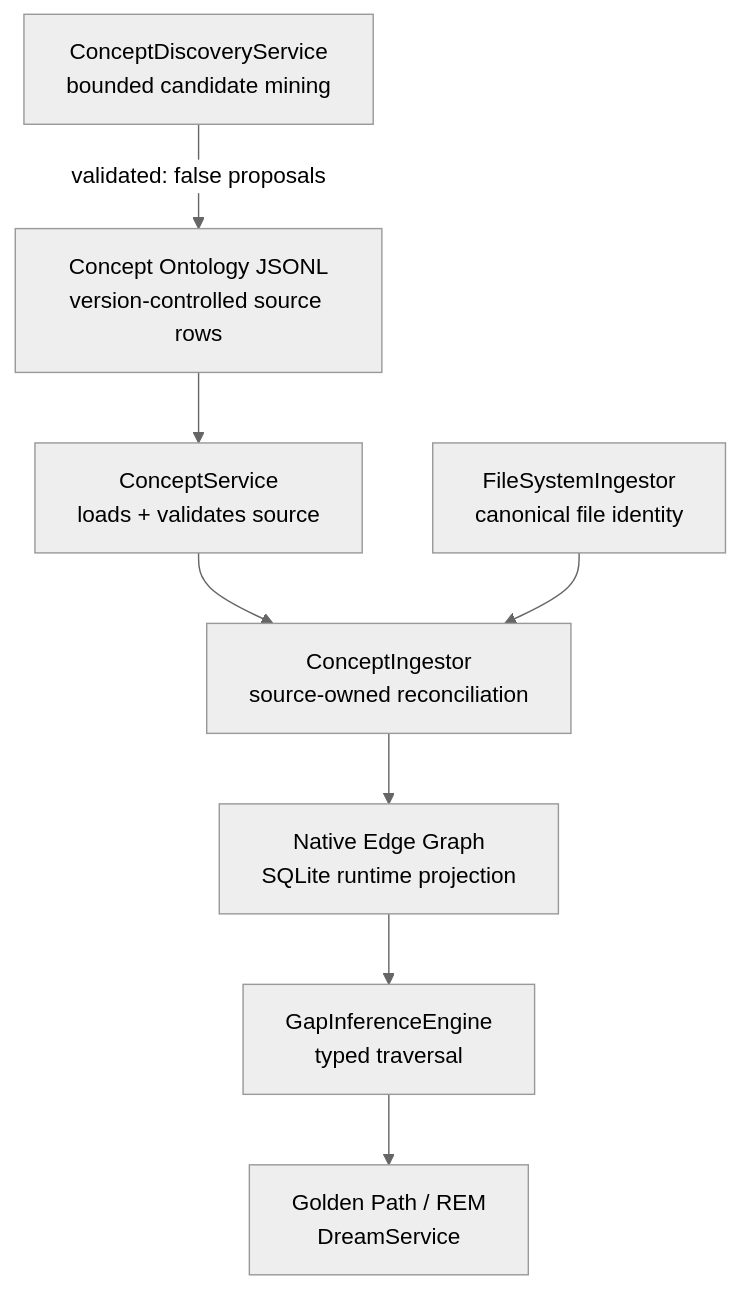
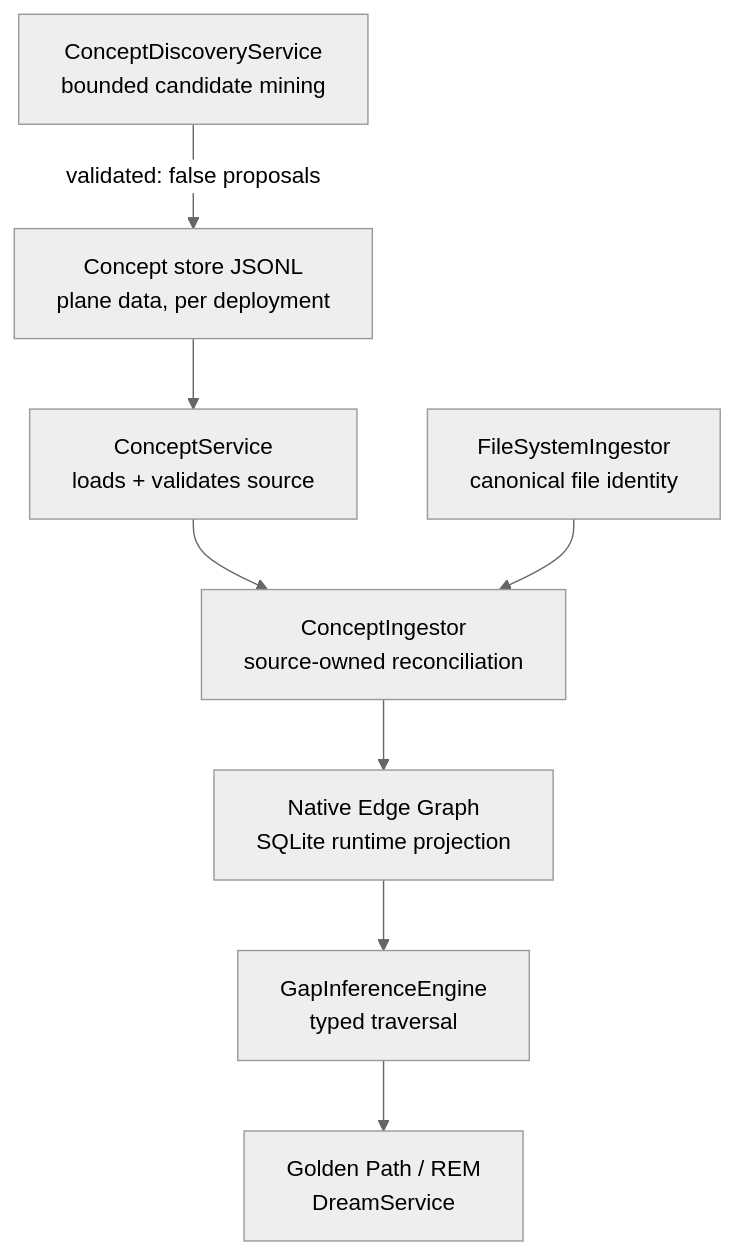
Before and after one commit to neomjs/neo-agent-brain: the second of 2 diagrams in learn/agentos/ConceptOntology.md, drawn with Mermaid (neutral theme). The commit also changed other lines of this file and 2 other files, not shown here.

First line of the commit message:
docs(adr): ADR 0023 and ADR 0024 name the plane store as the concept source (#472)

````diff
--- a/learn/agentos/ConceptOntology.md
+++ b/learn/agentos/ConceptOntology.md
@@ -317,10 +331,10 @@
 ```mermaid
 flowchart TD
-    CuratedSource["Concept Ontology JSONL\nversion-controlled source rows"] --> CS["ConceptService\nloads + validates source"]
+    CuratedSource["Concept store JSONL\nplane data, per deployment"] --> CS["ConceptService\nloads + validates source"]
     Discovery["ConceptDiscoveryService\nbounded candidate mining"] -->|validated: false proposals| CuratedSource
     CS --> CI["ConceptIngestor\nsource-owned reconciliation"]
     FileIdentity["FileSystemIngestor\ncanonical file identity"] --> CI
     CI --> RuntimeGraph["Native Edge Graph\nSQLite runtime projection"]
     RuntimeGraph --> GIE["GapInferenceEngine\ntyped traversal"]
     GIE --> DP["Golden Path / REM\nDreamService"]
 ```
````
